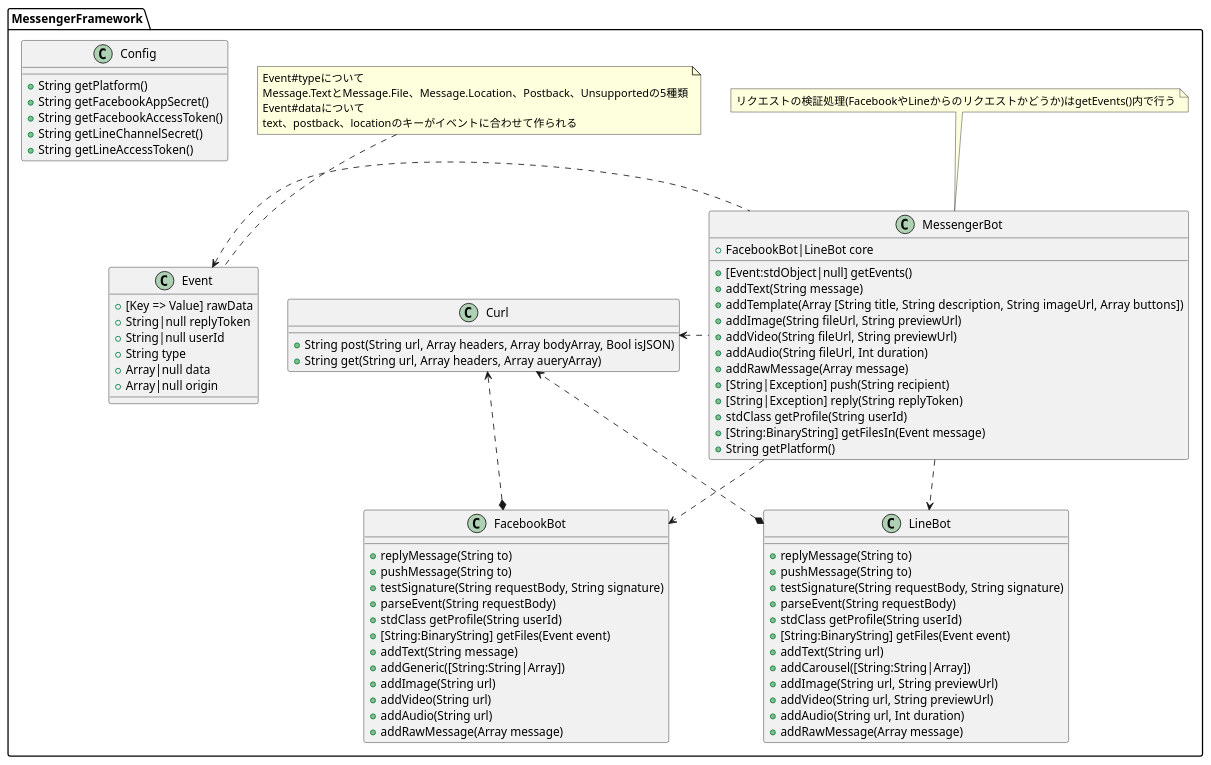
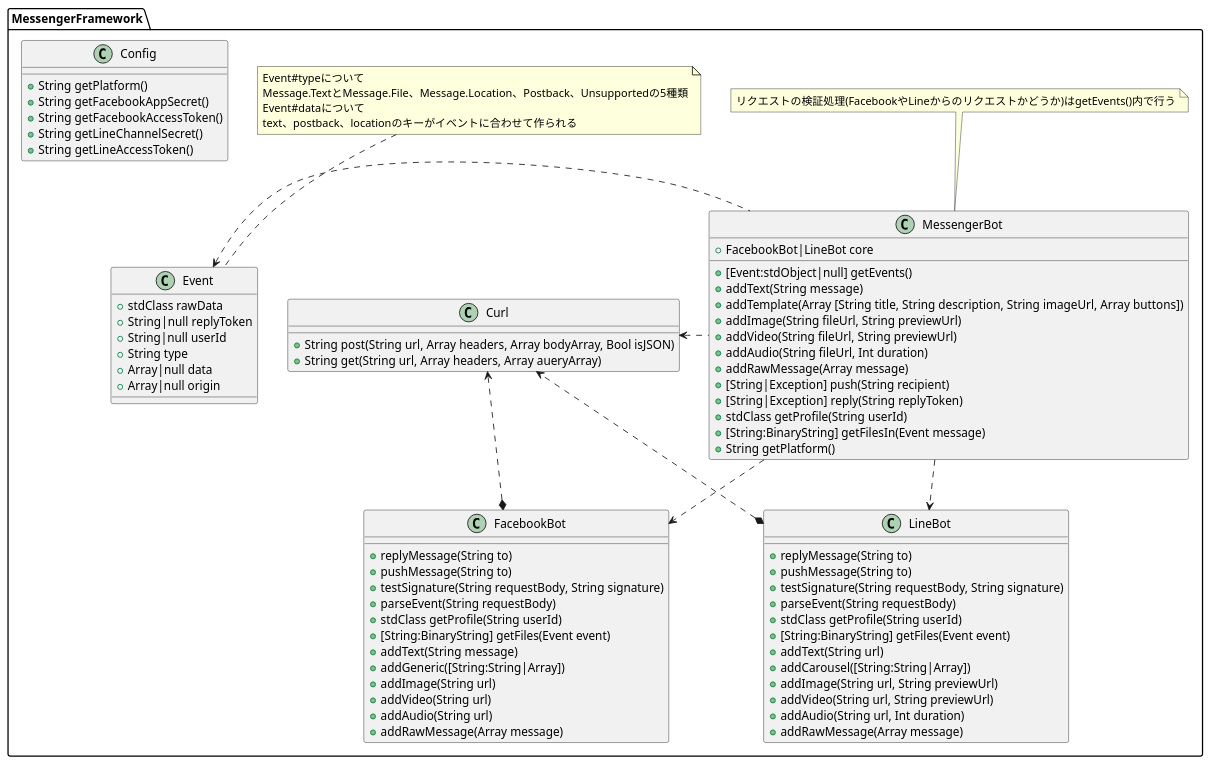
One commit to genies-inc/messenger-framework changed the diagram in docs/class-spec.puml. Above: the diagram before and after it, drawn with PlantUML. The commit also changed 2 other files, not shown here.

```diff
--- a/docs/class-spec.puml
+++ b/docs/class-spec.puml
@@ -1,97 +1,97 @@
 @startuml
 
 namespace MessengerFramework {
 
   class Event {
-    + [Key => Value] rawData
+    + stdClass rawData
     + String|null replyToken
     + String|null userId
     + String type
     + Array|null data
     + Array|null origin
   }
 
   note top of Event
     Event#typeについて
     Message.TextとMessage.File、Message.Location、Postback、Unsupportedの5種類
     Event#dataについて
     text、postback、locationのキーがイベントに合わせて作られる
   end note
 
   class MessengerBot {
     + FacebookBot|LineBot core
     + [Event:stdObject|null] getEvents()
     + addText(String message)
     + addTemplate(Array [String title, String description, String imageUrl, Array buttons])
     + addImage(String fileUrl, String previewUrl)
     + addVideo(String fileUrl, String previewUrl)
     + addAudio(String fileUrl, Int duration)
     + addRawMessage(Array message)
     + [String|Exception] push(String recipient)
     + [String|Exception] reply(String replyToken)
     + stdClass getProfile(String userId)
     + [String:BinaryString] getFilesIn(Event message)
     + String getPlatform()
   }
 
   note top of MessengerBot
     リクエストの検証処理(FacebookやLineからのリクエストかどうか)はgetEvents()内で行う
   end note
 
   class FacebookBot {
     + replyMessage(String to)
     + pushMessage(String to)
     + testSignature(String requestBody, String signature)
     + parseEvent(String requestBody)
     + stdClass getProfile(String userId)
     + [String:BinaryString] getFiles(Event event)
     + addText(String message)
     + addGeneric([String:String|Array])
     + addImage(String url)
     + addVideo(String url)
     + addAudio(String url)
     + addRawMessage(Array message)
   }
 
   class LineBot {
     + replyMessage(String to)
     + pushMessage(String to)
     + testSignature(String requestBody, String signature)
     + parseEvent(String requestBody)
     + stdClass getProfile(String userId)
     + [String:BinaryString] getFiles(Event event)
     + addText(String url)
     + addCarousel([String:String|Array])
     + addImage(String url, String previewUrl)
     + addVideo(String url, String previewUrl)
     + addAudio(String url, Int duration)
     + addRawMessage(Array message)
   }
 
   class Curl {
     + String post(String url, Array headers, Array bodyArray, Bool isJSON)
     + String get(String url, Array headers, Array aueryArray)
   }
 
   class Config {
     + String getPlatform()
     + String getFacebookAppSecret()
     + String getFacebookAccessToken()
     + String getLineChannelSecret()
     + String getLineAccessToken()
   }
 
 }
 
 ' MessengerFramework内の関連
 
 MessengerFramework.MessengerBot .d.> MessengerFramework.FacebookBot
 MessengerFramework.MessengerBot .d.> MessengerFramework.LineBot
 MessengerFramework.MessengerBot .l.> MessengerFramework.Curl
 MessengerFramework.MessengerBot .l.> MessengerFramework.Event
 
 MessengerFramework.FacebookBot *..> MessengerFramework.Curl
 
 MessengerFramework.LineBot *..> MessengerFramework.Curl
 
 @enduml
```
